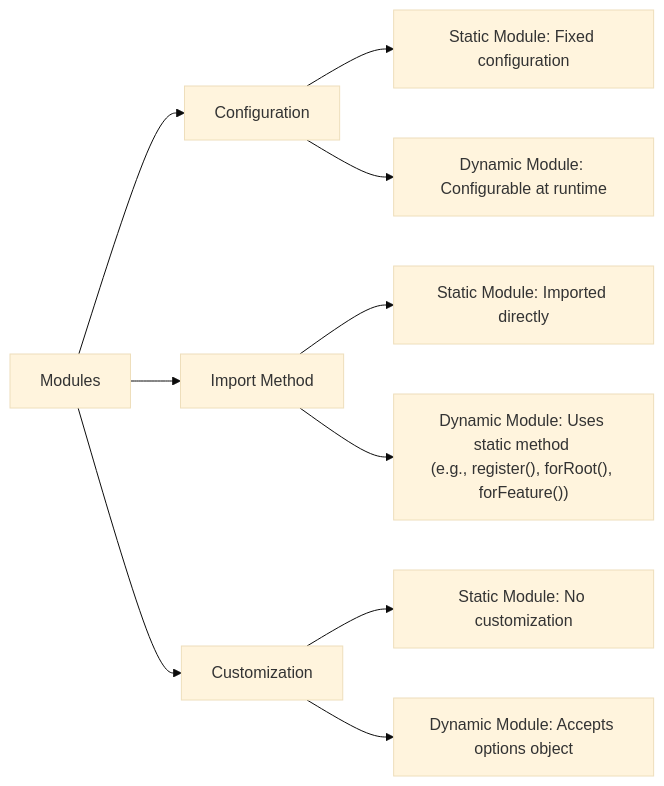
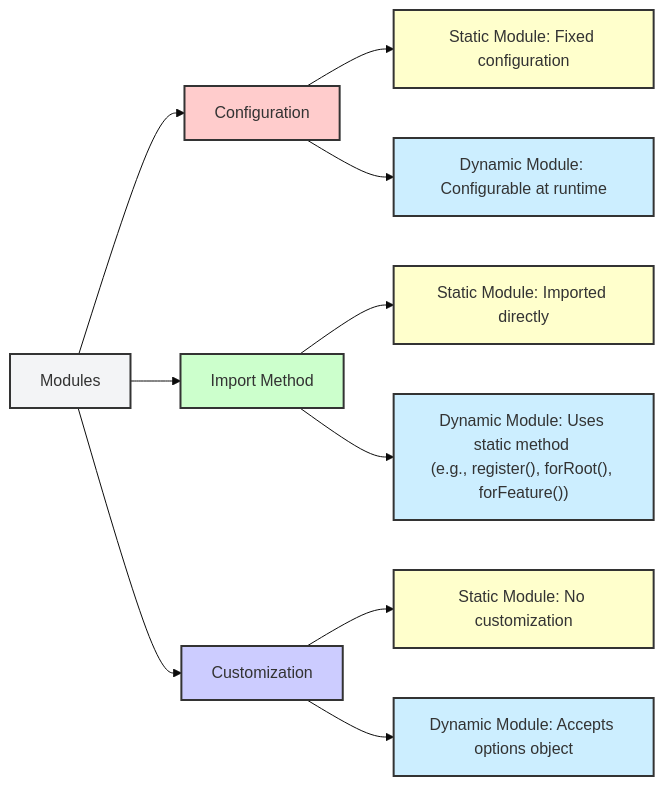
Before and after one commit to HuyCuongBuiCong/nestjs-mongoose: the sixth of 10 diagrams in README.md, drawn with Mermaid (base theme). The commit also changed other lines of this file and 1 other file, not shown here.

````diff
--- a/README.md
+++ b/README.md
@@ -120,17 +266,34 @@
 ```mermaid
-flowchart LR
+graph LR
   NestJS_Modules[Modules]
-  
+
   NestJS_Modules --> Configuration[Configuration]
   Configuration --> Static_Config[Static Module: Fixed configuration]
   Configuration --> Dynamic_Config[Dynamic Module: Configurable at runtime]
-  
+
   NestJS_Modules --> Import_Method[Import Method]
   Import_Method --> Static_Import[Static Module: Imported directly]
   Import_Method --> Dynamic_Import["Dynamic Module: Uses static method \n(e.g., register(), forRoot(), forFeature())"]
-  
+
   NestJS_Modules --> Customization[Customization]
   Customization --> Static_Customization[Static Module: No customization]
   Customization --> Dynamic_Customization[Dynamic Module: Accepts options object]
 
+  classDef default fill:#f3f4f6,stroke:#333,stroke-width:2px;
+  classDef config fill:#ffcccc,stroke:#333,stroke-width:2px;
+  classDef import fill:#ccffcc,stroke:#333,stroke-width:2px;
+  classDef customization fill:#ccccff,stroke:#333,stroke-width:2px;
+  classDef static fill:#ffffcc,stroke:#333,stroke-width:2px;
+  classDef dynamic fill:#cceeff,stroke:#333,stroke-width:2px;
+
+  class Configuration config;
+  class Static_Config static;
+  class Dynamic_Config dynamic;
+  class Import_Method import;
+  class Static_Import static;
+  class Dynamic_Import dynamic;
+  class Customization customization;
+  class Static_Customization static;
+  class Dynamic_Customization dynamic;
+
 ```
````
